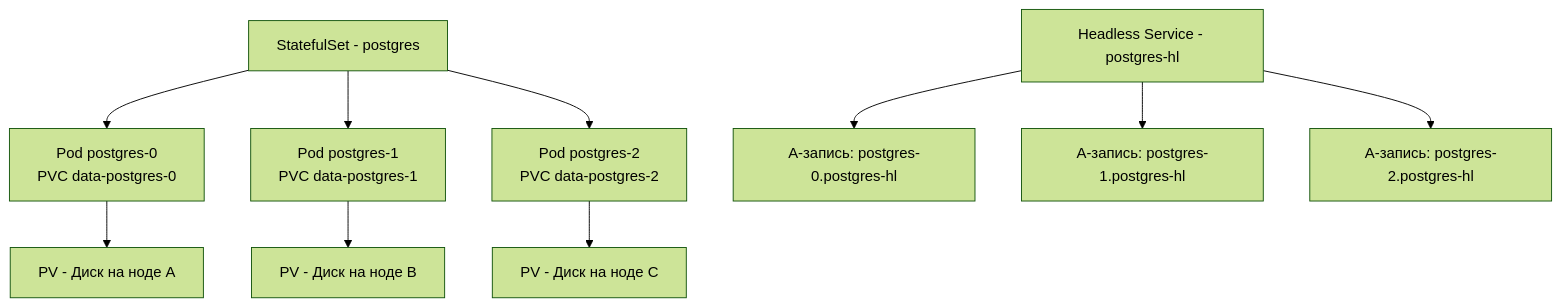
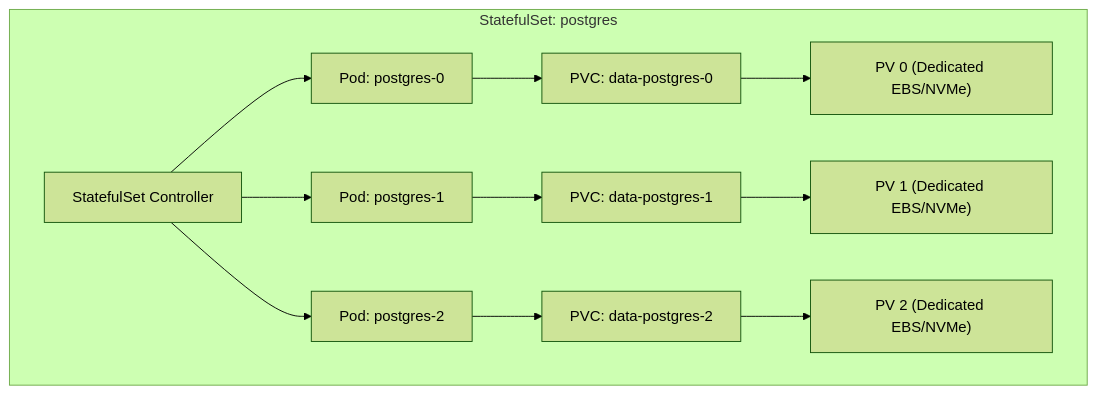
Before and after one commit to UnrealTemplier/go-textbook: the second of 4 diagrams in sources/19. Инфраструктура. Linux, nginx, Docker, Kubernetes/04. Kubernetes/6. Stateful приложения.md, drawn with Mermaid (forest theme). The commit also changed other lines of this file, not shown here.

Commit message:
feat(module-19): editorial rewrite of 04.6 Stateful apps in Kernighan style

````diff
--- a/sources/19. Инфраструктура. Linux, nginx, Docker, Kubernetes/04. Kubernetes/6. Stateful приложения.md
+++ b/sources/19. Инфраструктура. Linux, nginx, Docker, Kubernetes/04. Kubernetes/6. Stateful приложения.md
@@ -21,13 +42,16 @@
 ```mermaid
 flowchart TD
-    A["StatefulSet - postgres"] --> B["Pod postgres-0<br>PVC data-postgres-0"]
-    A --> C["Pod postgres-1<br>PVC data-postgres-1"]
-    A --> D["Pod postgres-2<br>PVC data-postgres-2"]
-    B --> E["PV - Диск на ноде A"]
-    C --> F["PV - Диск на ноде B"]
-    D --> G["PV - Диск на ноде C"]
-    
-    H["Headless Service - postgres-hl"] --> I["A-запись: postgres-0.postgres-hl"]
-    H --> J["A-запись: postgres-1.postgres-hl"]
-    H --> K["A-запись: postgres-2.postgres-hl"]
+    subgraph SS["StatefulSet: postgres"]
+        SS_Ctrl["StatefulSet Controller"] --> P0["Pod: postgres-0"]
+        SS_Ctrl --> P1["Pod: postgres-1"]
+        SS_Ctrl --> P2["Pod: postgres-2"]
+        
+        P0 --> PVC0["PVC: data-postgres-0"]
+        P1 --> PVC1["PVC: data-postgres-1"]
+        P2 --> PVC2["PVC: data-postgres-2"]
+        
+        PVC0 --> D0["PV 0 (Dedicated EBS/NVMe)"]
+        PVC1 --> D1["PV 1 (Dedicated EBS/NVMe)"]
+        PVC2 --> D2["PV 2 (Dedicated EBS/NVMe)"]
+    end
 ```
````
